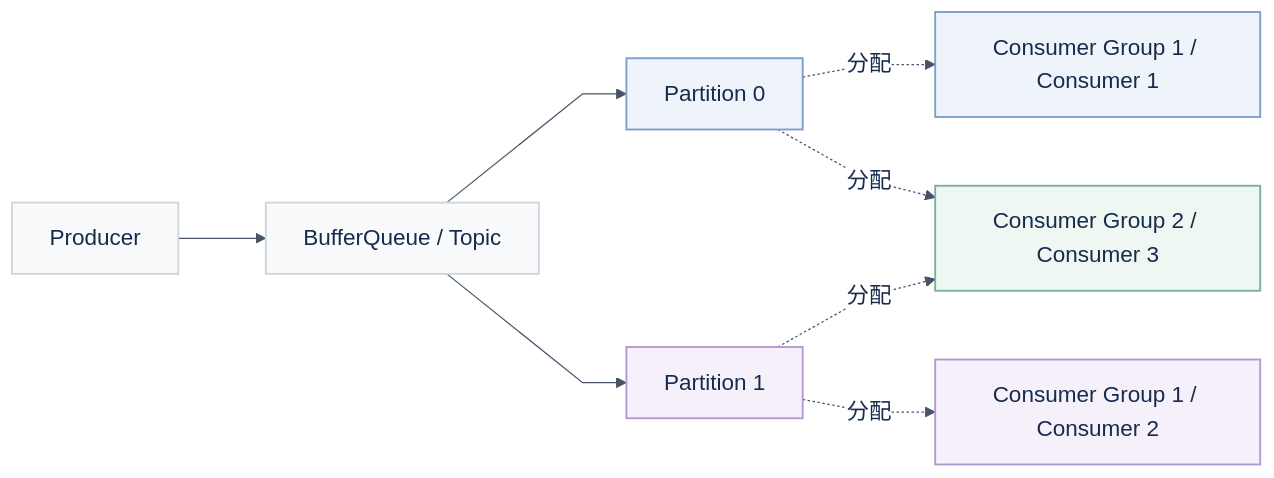
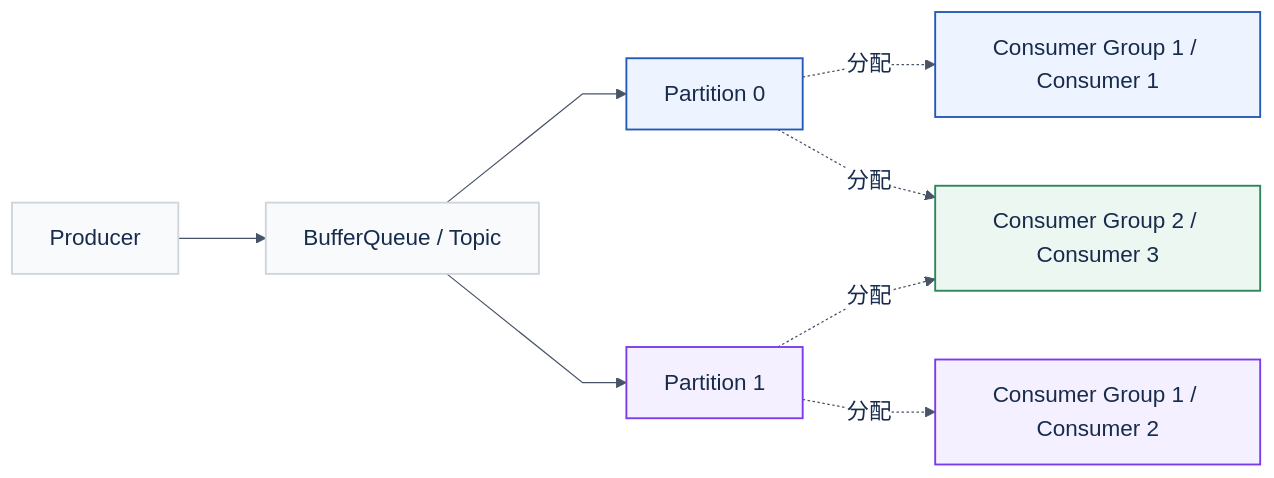
Before and after one commit to eventhorizon-cli/BufferQueue: the diagram in docs/assets/Partition.zh-CN.mmd, drawn with Mermaid. The commit also changed 45 other files, not shown here.

Commit message:
docs: restore higher-contrast chart colors

```diff
--- a/docs/assets/Partition.zh-CN.mmd
+++ b/docs/assets/Partition.zh-CN.mmd
@@ -1,21 +1,21 @@
 %%{init: {"theme":"base", "flowchart":{"htmlLabels":true,"curve":"linear","nodeSpacing":55,"rankSpacing":70}, "themeVariables":{"background":"#ffffff","fontFamily":"PingFang SC, Arial, Microsoft YaHei, sans-serif","fontSize":"18px","primaryTextColor":"#172b4d","lineColor":"#475467","primaryColor":"#f8fafc","primaryBorderColor":"#d0d5dd","edgeLabelBackground":"#ffffff"}}}%%
 flowchart LR
     P[Producer] --> Q[BufferQueue / Topic]
     Q --> P0[Partition 0]
     Q --> P1[Partition 1]
     P0 -. 分配 .-> C1[Consumer Group 1 / Consumer 1]
     P1 -. 分配 .-> C2[Consumer Group 1 / Consumer 2]
     P0 -. 分配 .-> C3[Consumer Group 2 / Consumer 3]
     P1 -. 分配 .-> C3
     class P,Q core
     class P0 partitionBlue
     class P1 partitionPurple
     class C1 consumerBlue
     class C2 consumerPurple
     class C3 consumerGreen
     classDef core fill:#f8fafc,stroke:#d0d5dd,color:#172b4d,stroke-width:1.5px
-    classDef partitionBlue fill:#eff4fb,stroke:#7c9fc9,color:#172b4d,stroke-width:1.5px
-    classDef partitionPurple fill:#f5f0fa,stroke:#b29bcc,color:#172b4d,stroke-width:1.5px
-    classDef consumerBlue fill:#eff4fb,stroke:#7c9fc9,color:#172b4d,stroke-width:1.5px
-    classDef consumerPurple fill:#f5f0fa,stroke:#b29bcc,color:#172b4d,stroke-width:1.5px
-    classDef consumerGreen fill:#eff7f2,stroke:#7cae9a,color:#172b4d,stroke-width:1.5px
+    classDef partitionBlue fill:#eef4ff,stroke:#2459b8,color:#172b4d,stroke-width:1.5px
+    classDef partitionPurple fill:#f5f0ff,stroke:#7c3aed,color:#172b4d,stroke-width:1.5px
+    classDef consumerBlue fill:#eef4ff,stroke:#2459b8,color:#172b4d,stroke-width:1.5px
+    classDef consumerPurple fill:#f5f0ff,stroke:#7c3aed,color:#172b4d,stroke-width:1.5px
+    classDef consumerGreen fill:#edf7f1,stroke:#2f855a,color:#172b4d,stroke-width:1.5px
```
